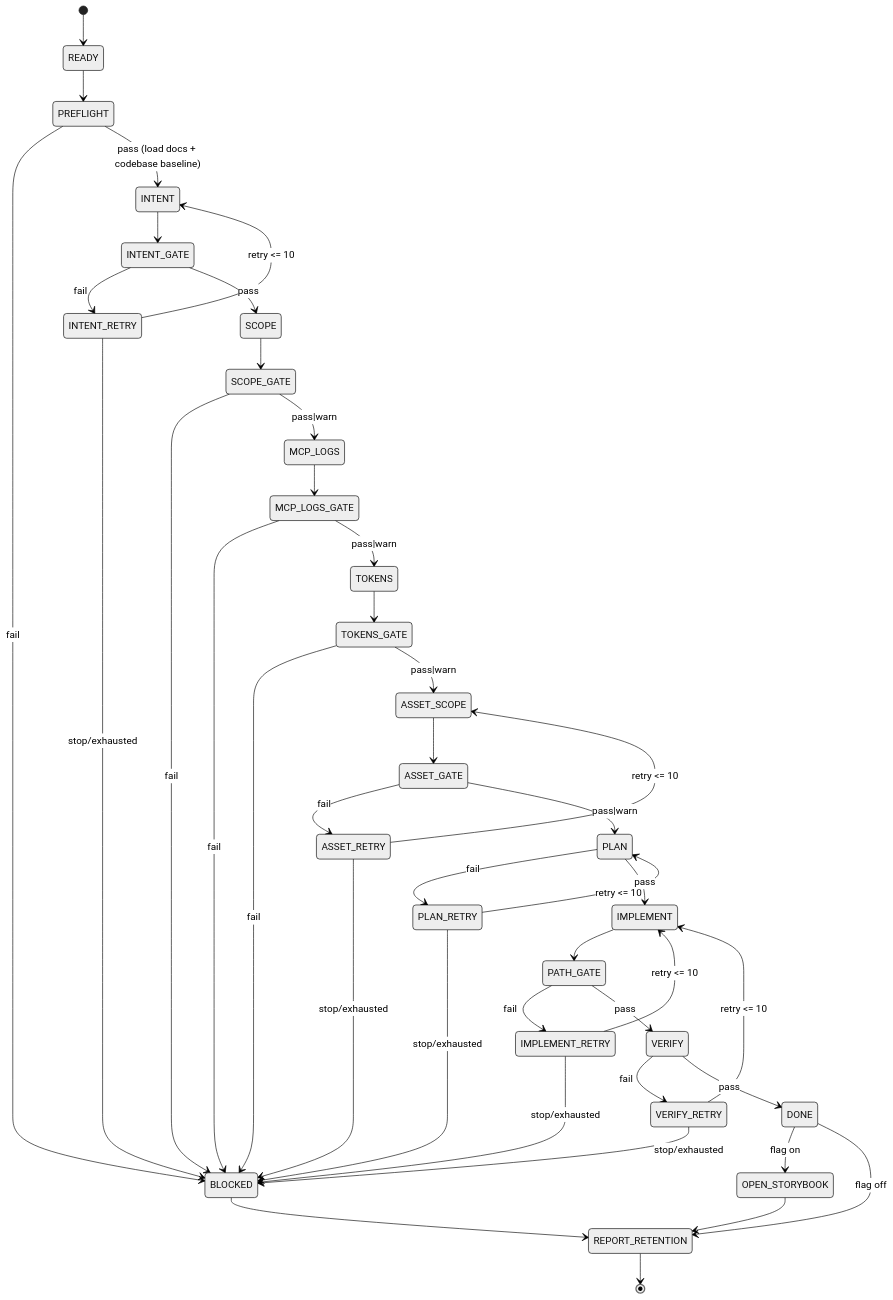
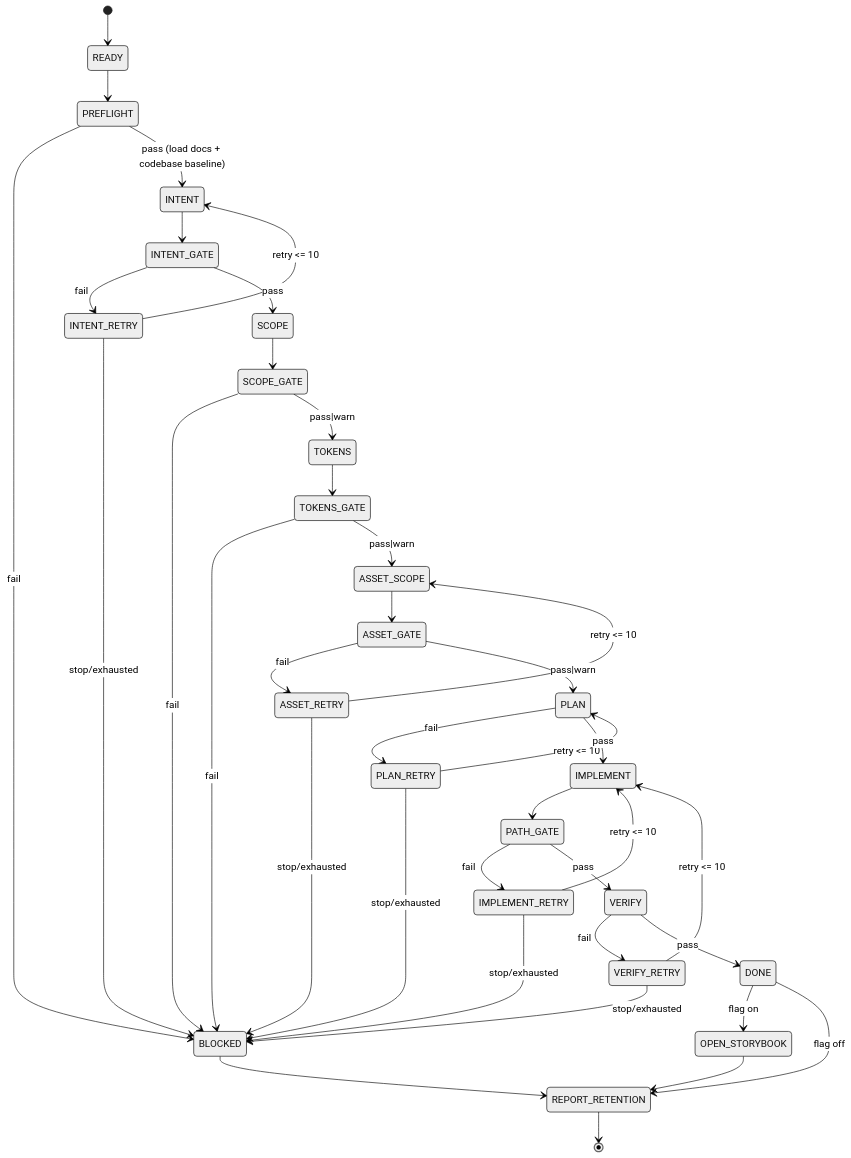
Before and after one commit to TEAM-HOUME/HOUME-CLIENT: the third of 4 diagrams in orchestration/ui-components/README.md, drawn with Mermaid (neutral theme). The commit also changed other lines of this file and 17 other files, not shown here.

````diff
--- a/orchestration/ui-components/README.md
+++ b/orchestration/ui-components/README.md
@@ -242,55 +228,51 @@
 ```mermaid
 stateDiagram-v2
   [*] --> READY
   READY --> PREFLIGHT
 
   PREFLIGHT --> BLOCKED: fail
   PREFLIGHT --> INTENT: pass (load docs + codebase baseline)
 
   INTENT --> INTENT_GATE
   INTENT_GATE --> INTENT_RETRY: fail
   INTENT_RETRY --> INTENT: retry <= 10
   INTENT_RETRY --> BLOCKED: stop/exhausted
   INTENT_GATE --> SCOPE: pass
 
   SCOPE --> SCOPE_GATE
   SCOPE_GATE --> BLOCKED: fail
-  SCOPE_GATE --> MCP_LOGS: pass|warn
-
-  MCP_LOGS --> MCP_LOGS_GATE
-  MCP_LOGS_GATE --> BLOCKED: fail
-  MCP_LOGS_GATE --> TOKENS: pass|warn
+  SCOPE_GATE --> TOKENS: pass|warn
 
   TOKENS --> TOKENS_GATE
   TOKENS_GATE --> BLOCKED: fail
   TOKENS_GATE --> ASSET_SCOPE: pass|warn
 
   ASSET_SCOPE --> ASSET_GATE
   ASSET_GATE --> ASSET_RETRY: fail
   ASSET_RETRY --> ASSET_SCOPE: retry <= 10
   ASSET_RETRY --> BLOCKED: stop/exhausted
   ASSET_GATE --> PLAN: pass|warn
 
   PLAN --> PLAN_RETRY: fail
   PLAN_RETRY --> PLAN: retry <= 10
   PLAN_RETRY --> BLOCKED: stop/exhausted
   PLAN --> IMPLEMENT: pass
 
   IMPLEMENT --> PATH_GATE
   PATH_GATE --> IMPLEMENT_RETRY: fail
   IMPLEMENT_RETRY --> IMPLEMENT: retry <= 10
   IMPLEMENT_RETRY --> BLOCKED: stop/exhausted
   PATH_GATE --> VERIFY: pass
 
   VERIFY --> VERIFY_RETRY: fail
   VERIFY_RETRY --> IMPLEMENT: retry <= 10
   VERIFY_RETRY --> BLOCKED: stop/exhausted
   VERIFY --> DONE: pass
 
   DONE --> OPEN_STORYBOOK: flag on
   DONE --> REPORT_RETENTION: flag off
   OPEN_STORYBOOK --> REPORT_RETENTION
 
   BLOCKED --> REPORT_RETENTION
   REPORT_RETENTION --> [*]
 ```
````
